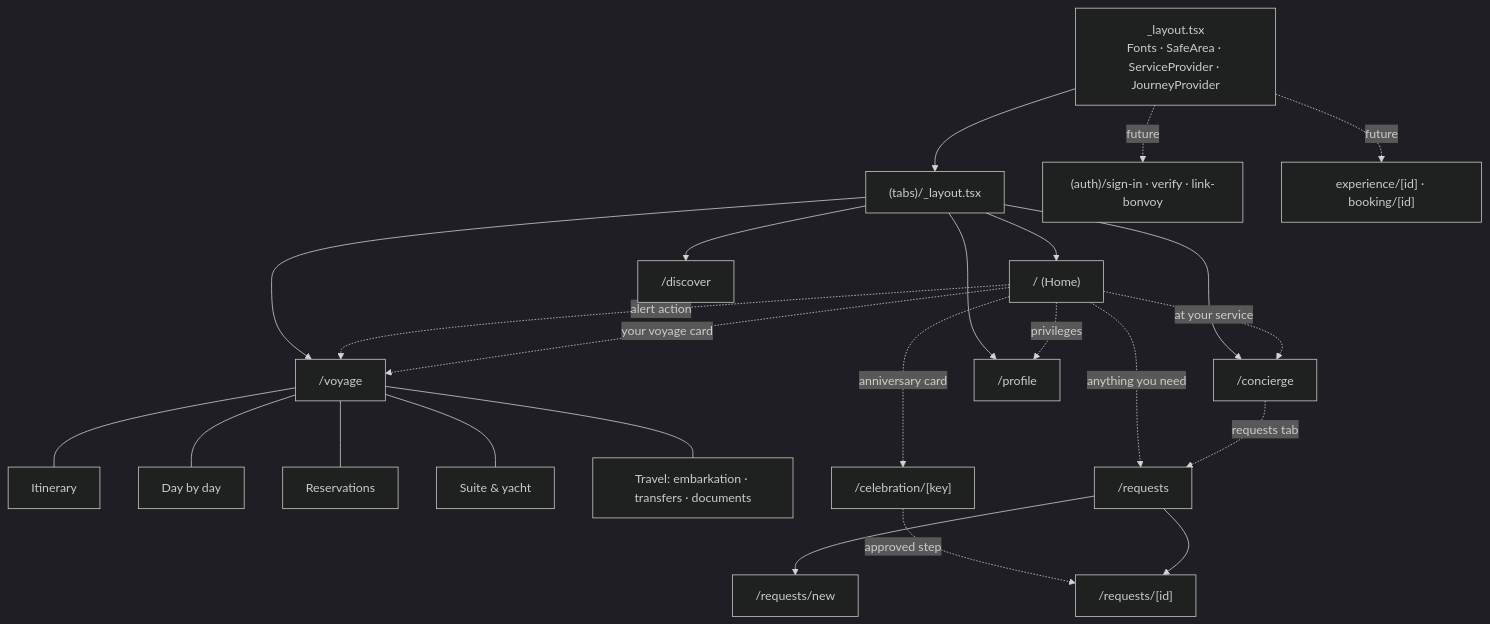
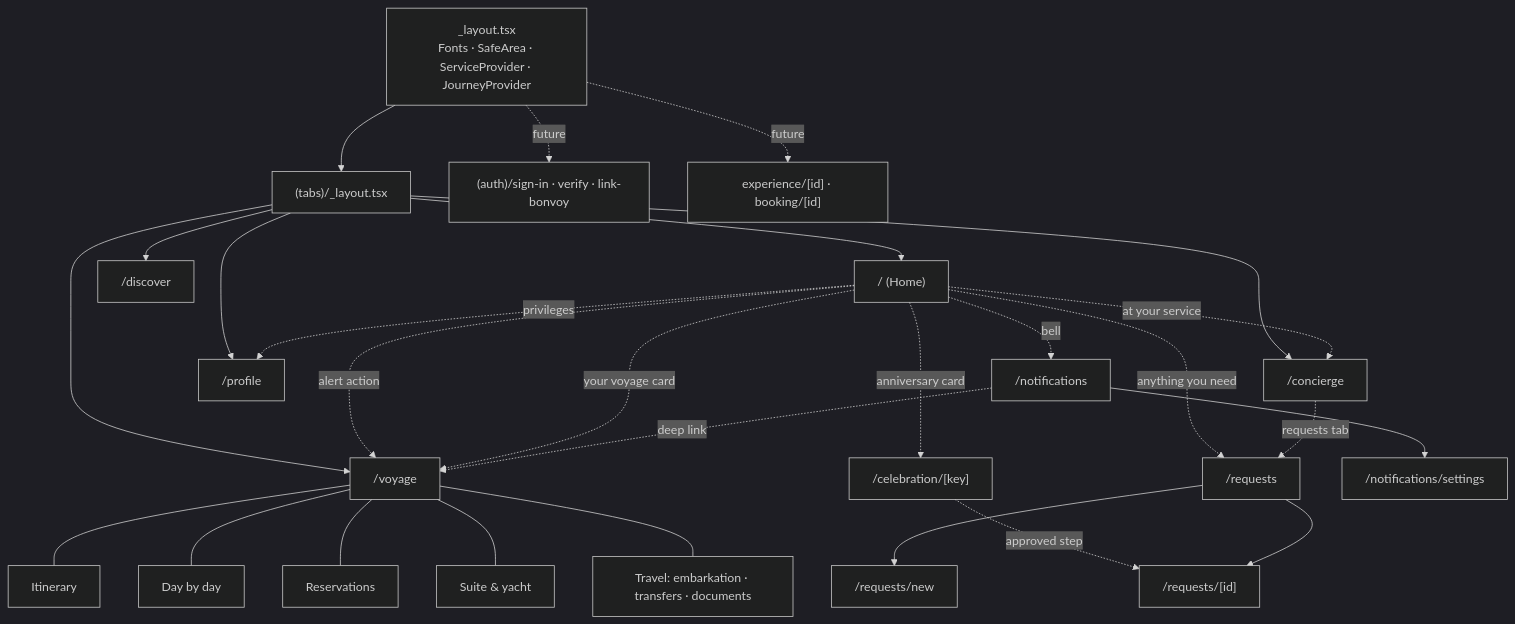
Before and after one commit to Romulus61265/RCYC-Loyalty-App: the diagram in docs/08-navigation-model.md, drawn with Mermaid (dark theme). The commit also changed other lines of this file and 46 other files, not shown here.

First line of the commit message:
Contextual notifications, preferences and push architecture

````diff
--- a/docs/08-navigation-model.md
+++ b/docs/08-navigation-model.md
@@ -5,29 +5,32 @@
 ```mermaid
 flowchart TB
   Root["_layout.tsx<br/>Fonts · SafeArea · ServiceProvider · JourneyProvider"] --> Tabs["(tabs)/_layout.tsx"]
   Tabs --> Home["/ (Home)"]
   Tabs --> Voyage["/voyage"]
   Tabs --> Discover["/discover"]
   Tabs --> Concierge["/concierge"]
   Tabs --> Profile["/profile"]
 
   Voyage --- V1[Itinerary]
   Voyage --- V2[Day by day]
   Voyage --- V3[Reservations]
   Voyage --- V4[Suite & yacht]
   Voyage --- V5[Travel: embarkation · transfers · documents]
 
   Home -.alert action.-> Voyage
   Home -.privileges.-> Profile
   Home -.your voyage card.-> Voyage
   Home -.at your service.-> Concierge
   Home -.anniversary card.-> Celebration["/celebration/[key]"]
   Home -.anything you need.-> Requests["/requests"]
+  Home -.bell.-> Notifications["/notifications"]
+  Notifications --> NotificationSettings["/notifications/settings"]
+  Notifications -.deep link.-> Voyage
   Concierge -.requests tab.-> Requests
   Celebration -.approved step.-> Request
   Requests --> NewRequest["/requests/new"]
   Requests --> Request["/requests/[id]"]
 
   Root -. future .-> Auth["(auth)/sign-in · verify · link-bonvoy"]
   Root -. future .-> Modals["experience/[id] · booking/[id]"]
 ```
````
